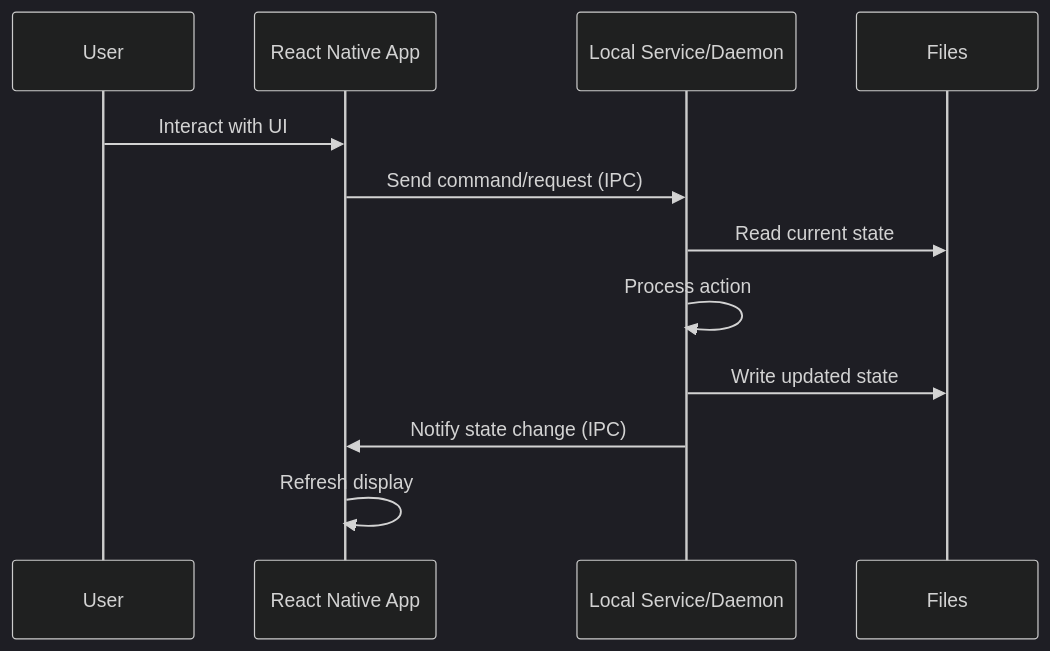
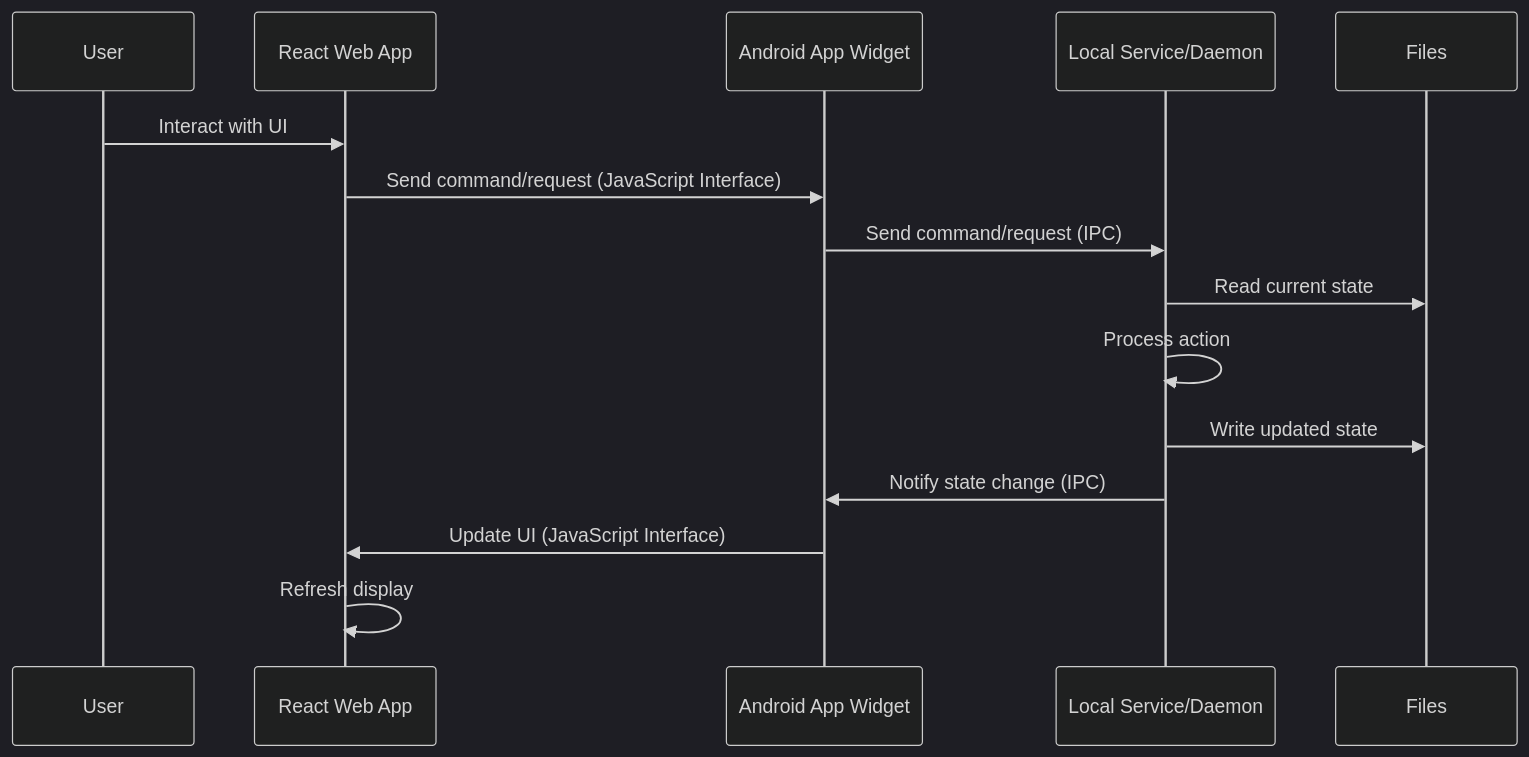
One commit to AsusROG15/WithMyStar changed the second of 2 diagrams in docs/technical-specs.md. Above: the diagram before and after it, drawn with Mermaid (dark theme). The commit also changed other lines of this file and 3 other files, not shown here.

Commit message:
feat: Update project documentation to clarify the use of React web application and Android App Widget integration

````diff
--- a/docs/technical-specs.md
+++ b/docs/technical-specs.md
@@ -154,15 +154,18 @@
 ```mermaid
 sequenceDiagram
     participant U as User
-    participant RN as React Native App
+    participant RWA as React Web App
+    participant AW as Android App Widget
     participant LS as Local Service/Daemon
     participant F as Files
     
-    U->>RN: Interact with UI
-    RN->>LS: Send command/request (IPC)
+    U->>RWA: Interact with UI
+    RWA->>AW: Send command/request (JavaScript Interface)
+    AW->>LS: Send command/request (IPC)
     LS->>F: Read current state
     LS->>LS: Process action
     LS->>F: Write updated state
-    LS->>RN: Notify state change (IPC)
-    RN->>RN: Refresh display
+    LS->>AW: Notify state change (IPC)
+    AW->>RWA: Update UI (JavaScript Interface)
+    RWA->>RWA: Refresh display
 ```
````
